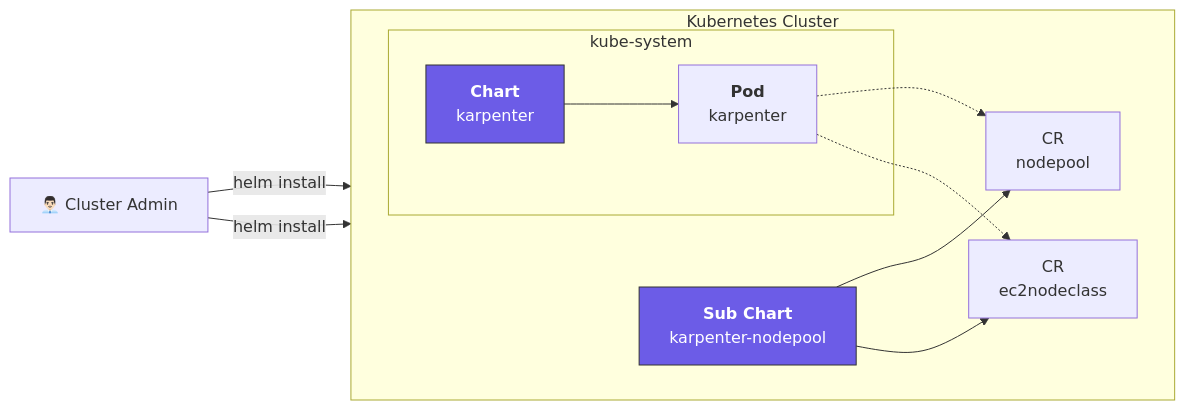
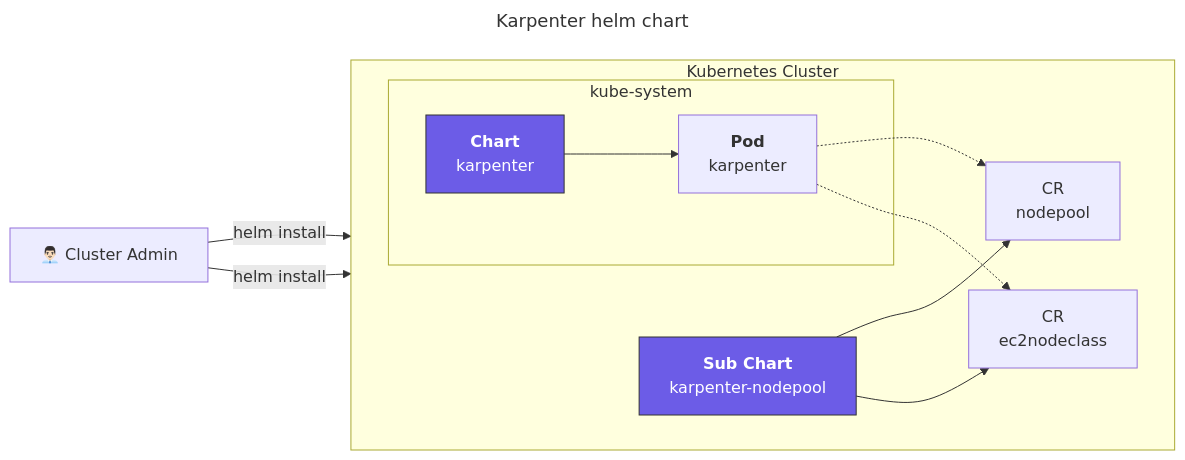
The second of 6 diagrams in content/blog/karpenter-spot-fallback/index.md (younsl/younsl.github.io), drawn with Mermaid before and after one commit. The commit also changed other lines of this file and 1 other file, not shown here.

Commit message:
chore: Update diagram

````diff
--- a/content/blog/karpenter-spot-fallback/index.md
+++ b/content/blog/karpenter-spot-fallback/index.md
@@ -77,27 +74,30 @@
 ```mermaid
+---
+title: Karpenter helm chart
+---
 flowchart LR
 
   admin["👨🏻‍💼 Cluster Admin"]
   admin --helm install--> Main["`**Chart**
   karpenter`"]
   admin --helm install--> Sub["`**Sub Chart**
   karpenter-nodepool`"]
   
   subgraph k8s[Kubernetes Cluster]
     direction LR
     subgraph kube-system
       Main --> Controller["`**Pod**
       karpenter`"]
     end
     Sub --> NodePool["`CR
     nodepool`"]
     Sub --> EC2NC["`CR
     ec2nodeclass`"]
 
     Controller -.-> NodePool
     Controller -.-> EC2NC
   end
 
   style Main fill:#6c5ce7,color:#fff,stroke:#333
   style Sub fill:#6c5ce7,color:#fff,stroke:#333
 ```
````
